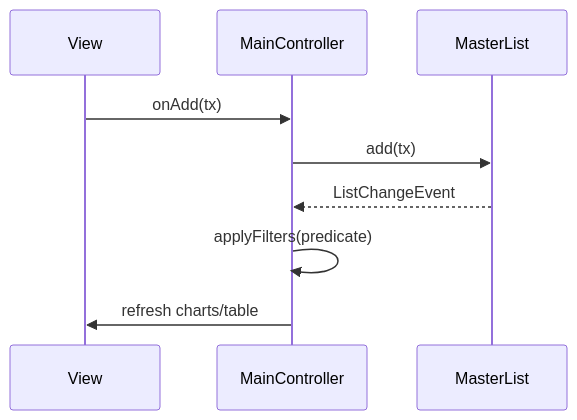
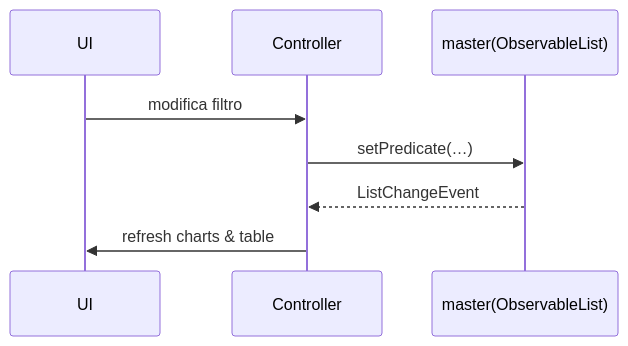
The third of 5 diagrams in README.md (acetheberliner/MoneyMinder), drawn with Mermaid before and after one commit. The commit also changed other lines of this file and 1 other file, not shown here.

````diff
--- a/README.md
+++ b/README.md
@@ -134,11 +134,10 @@
 ```mermaid
 sequenceDiagram
-    participant View
-    participant MainController
-    participant MasterList
-    View->>MainController: onAdd(tx)
-    MainController->>MasterList: add(tx)
-    MasterList-->>MainController: ListChangeEvent
-    MainController->>MainController: applyFilters(predicate)
-    MainController->>View: refresh charts/table
+    participant UI
+    participant Controller
+    participant List as master(ObservableList)
+    UI->>Controller: modifica filtro
+    Controller->>List: setPredicate(…)
+    List-->>Controller: ListChangeEvent
+    Controller->>UI: refresh charts & table
 ```
````
